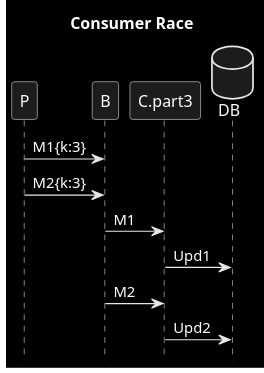
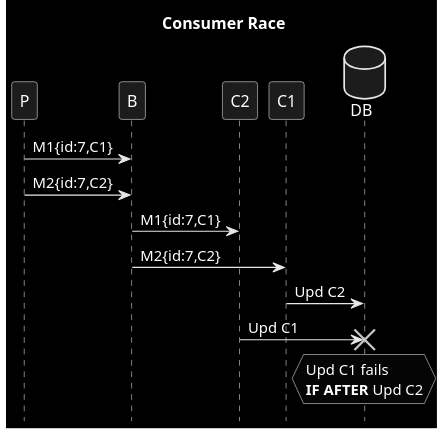
Before and after one commit to victorrentea/kafka: the diagram in patterns/2a_out_of_order_c.puml, drawn with PlantUML.

```diff
--- a/patterns/2a_out_of_order_c.puml
+++ b/patterns/2a_out_of_order_c.puml
@@ -1,14 +1,15 @@
 @startuml
 title Consumer Race
 hide footbox
 skinparam monochrome reverse
 database DB order 10
 
-P->B: M1{k:3}
-P->B: M2{k:3}
+P->B: M1{id:7,C1}
+P->B: M2{id:7,C2}
 
-B->C.part3: M1
-C.part3->DB: Upd1
-B->C.part3: M2
-C.part3->DB: Upd2
+B->C2: M1{id:7,C1}
+B->C1: M2{id:7,C2}
+C1->DB: Upd C2
+C2->DB!!: Upd C1
+hnote over DB: Upd C1 fails \n**IF AFTER** Upd C2
 @enduml
```
